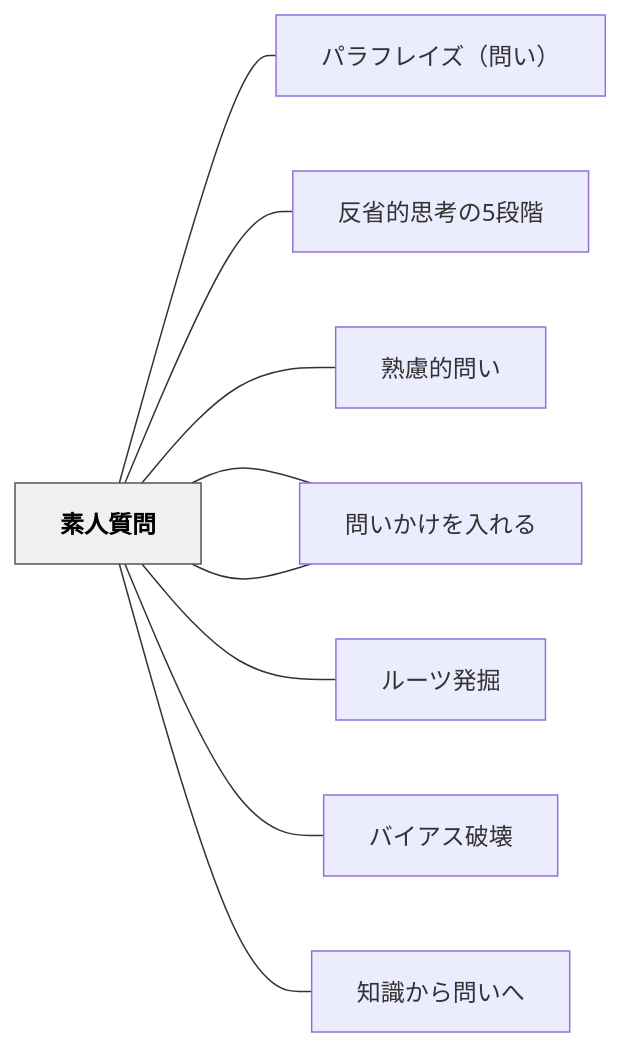
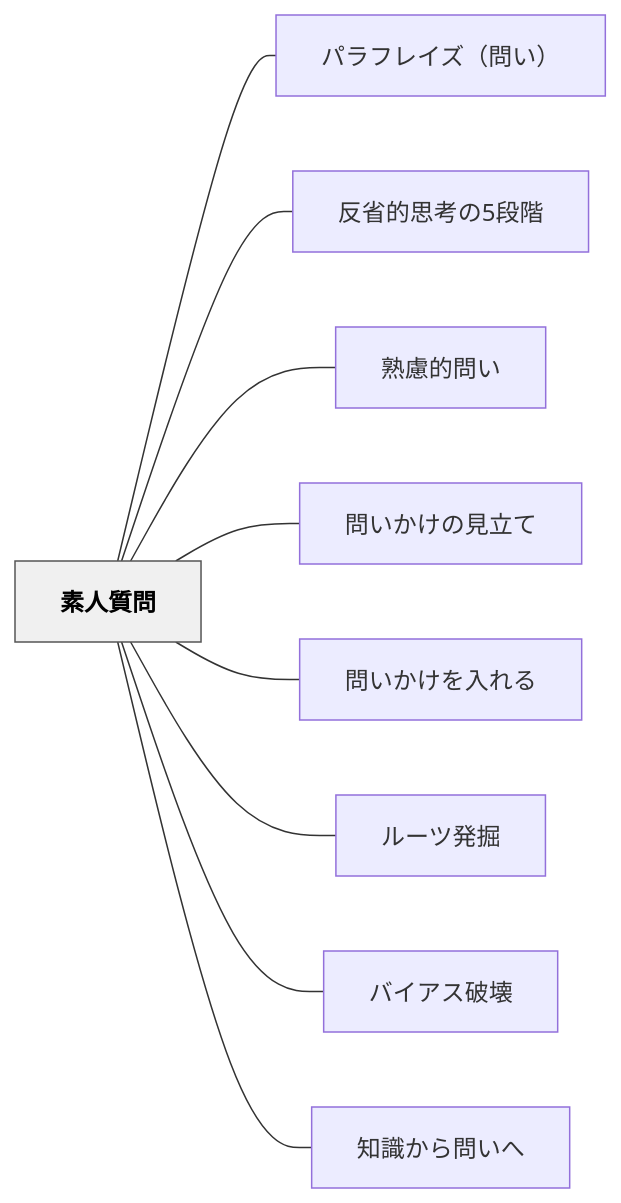
The diagram in content/パタン/素人質問.md (unknownthings-ed-patterns/unknownthings-ed-patterns), drawn with Mermaid before and after one commit. The commit also changed 527 other files, not shown here.

````diff
--- a/content/パタン/素人質問.md
+++ b/content/パタン/素人質問.md
@@ -70,24 +70,24 @@
 ```mermaid
 flowchart LR
-    ne7b4a0e4baba["素人質問"]
-    ne38391e383a9["パラフレイズ（問い）"]
-    ne58f8de79c81["反省的思考の5段階"]
-    ne7869fe685ae["熟慮的問い"]
-    ne5958fe38184["問いかけの見立て"]
-    ne5958fe38184["問いかけを入れる"]
-    ne383abe383bc["ルーツ発掘"]
-    ne38390e382a4["バイアス破壊"]
-    ne79fa5e8ad98["知識から問いへ"]
+    ne7b4a0e4babae8b3aae5958f["素人質問"]
+    ne38391e383a9e38395e383ace382a4e382baefbc88e5958fe38184efbc89["パラフレイズ（問い）"]
+    ne58f8de79c81e79a84e6809de88083e381ae35e6aeb5e99a8e["反省的思考の5段階"]
+    ne7869fe685aee79a84e5958fe38184["熟慮的問い"]
+    ne5958fe38184e3818be38191e381aee8a68be7ab8be381a6["問いかけの見立て"]
+    ne5958fe38184e3818be38191e38292e585a5e3828ce3828b["問いかけを入れる"]
+    ne383abe383bce38384e799bae68e98["ルーツ発掘"]
+    ne38390e382a4e382a2e382b9e7a0b4e5a38a["バイアス破壊"]
+    ne79fa5e8ad98e3818be38289e5958fe38184e381b8["知識から問いへ"]
 
-    ne7b4a0e4baba --- ne38391e383a9
-    ne7b4a0e4baba --- ne58f8de79c81
-    ne7b4a0e4baba --- ne7869fe685ae
-    ne7b4a0e4baba --- ne5958fe38184
-    ne7b4a0e4baba --- ne5958fe38184
-    ne7b4a0e4baba --- ne383abe383bc
-    ne7b4a0e4baba --- ne38390e382a4
-    ne7b4a0e4baba --- ne79fa5e8ad98
+    ne7b4a0e4babae8b3aae5958f --- ne38391e383a9e38395e383ace382a4e382baefbc88e5958fe38184efbc89
+    ne7b4a0e4babae8b3aae5958f --- ne58f8de79c81e79a84e6809de88083e381ae35e6aeb5e99a8e
+    ne7b4a0e4babae8b3aae5958f --- ne7869fe685aee79a84e5958fe38184
+    ne7b4a0e4babae8b3aae5958f --- ne5958fe38184e3818be38191e381aee8a68be7ab8be381a6
+    ne7b4a0e4babae8b3aae5958f --- ne5958fe38184e3818be38191e38292e585a5e3828ce3828b
+    ne7b4a0e4babae8b3aae5958f --- ne383abe383bce38384e799bae68e98
+    ne7b4a0e4babae8b3aae5958f --- ne38390e382a4e382a2e382b9e7a0b4e5a38a
+    ne7b4a0e4babae8b3aae5958f --- ne79fa5e8ad98e3818be38289e5958fe38184e381b8
 
     classDef hub fill:#f0f0f0,stroke:#555,color:#000,font-weight:bold
-    class ne7b4a0e4baba hub
+    class ne7b4a0e4babae8b3aae5958f hub
 ```
````
